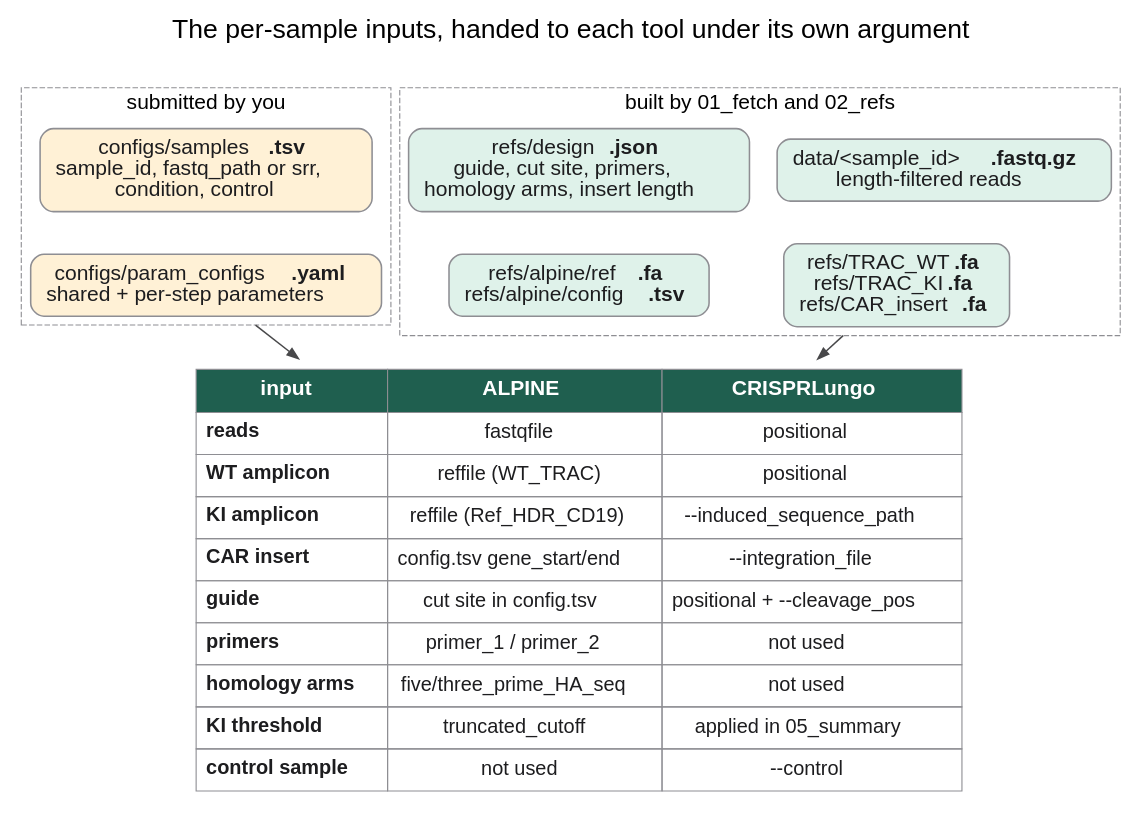
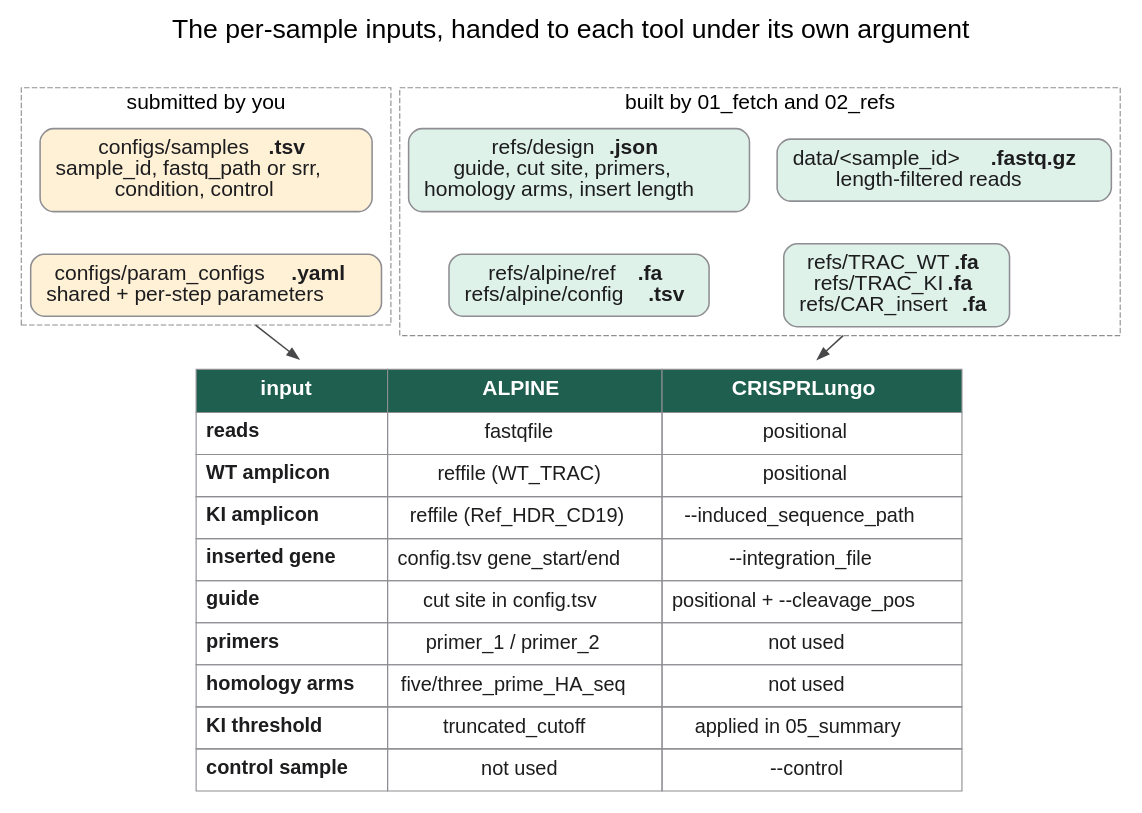
One commit to ssenci97/ONT-CRISPR-knock-in changed the diagram in docs/diagrams/01_inputs.dot. Above: the diagram before and after it, drawn with Graphviz. The commit also changed 5 other files, not shown here.

```diff
--- a/docs/diagrams/01_inputs.dot
+++ b/docs/diagrams/01_inputs.dot
@@ -1,38 +1,38 @@
 digraph inputs {
   graph [rankdir=TB, bgcolor="white", fontname="Helvetica", fontsize=24, labelloc=t, nodesep=0.35, ranksep=0.4, compound=true,
          label="The per-sample inputs, handed to each tool under its own argument\n "];
   node [fontname="Helvetica", fontsize=19, shape=box, style="rounded,filled", color="#8e8e93", penwidth=1.4, fontcolor="#1d1d1f", margin="0.2,0.12"];
   edge [color="#48484a", arrowsize=1.0, penwidth=1.4];
 
   subgraph cluster_user {
     label="submitted by you"; fontname="Helvetica"; fontsize=19; color="#8e8e93"; style=dashed;
     sheet [label=<configs/samples<B>.tsv</B><BR/>sample_id, fastq_path or srr,<BR/>condition, control>, fillcolor="#fff1d6"];
     yaml  [label=<configs/param_configs<B>.yaml</B><BR/>shared + per-step parameters>, fillcolor="#fff1d6"];
   }
   subgraph cluster_made {
     label="built by 01_fetch and 02_refs"; fontname="Helvetica"; fontsize=19; color="#8e8e93"; style=dashed;
     fastq  [label=<data/&lt;sample_id&gt;<B>.fastq.gz</B><BR/>length-filtered reads>, fillcolor="#dff2ea"];
     refs   [label=<refs/TRAC_WT<B>.fa</B><BR/>refs/TRAC_KI<B>.fa</B><BR/>refs/CAR_insert<B>.fa</B>>, fillcolor="#dff2ea"];
     design [label=<refs/design<B>.json</B><BR/>guide, cut site, primers,<BR/>homology arms, insert length>, fillcolor="#dff2ea"];
     alpcfg [label=<refs/alpine/ref<B>.fa</B><BR/>refs/alpine/config<B>.tsv</B>>, fillcolor="#dff2ea"];
   }
 
   table [shape=plaintext, style="", label=<
     <TABLE BORDER="0" CELLBORDER="1" CELLSPACING="0" CELLPADDING="8" COLOR="#8e8e93">
       <TR><TD BGCOLOR="#1f5f4f"><FONT COLOR="white" POINT-SIZE="19"><B>input</B></FONT></TD>
           <TD BGCOLOR="#1f5f4f"><FONT COLOR="white" POINT-SIZE="19"><B>ALPINE</B></FONT></TD>
           <TD BGCOLOR="#1f5f4f"><FONT COLOR="white" POINT-SIZE="19"><B>CRISPRLungo</B></FONT></TD></TR>
       <TR><TD ALIGN="LEFT"><FONT POINT-SIZE="18"><B>reads</B></FONT></TD><TD><FONT POINT-SIZE="18">fastqfile</FONT></TD><TD><FONT POINT-SIZE="18">positional</FONT></TD></TR>
       <TR><TD ALIGN="LEFT"><FONT POINT-SIZE="18"><B>WT amplicon</B></FONT></TD><TD><FONT POINT-SIZE="18">reffile (WT_TRAC)</FONT></TD><TD><FONT POINT-SIZE="18">positional</FONT></TD></TR>
       <TR><TD ALIGN="LEFT"><FONT POINT-SIZE="18"><B>KI amplicon</B></FONT></TD><TD><FONT POINT-SIZE="18">reffile (Ref_HDR_CD19)</FONT></TD><TD><FONT POINT-SIZE="18">--induced_sequence_path</FONT></TD></TR>
-      <TR><TD ALIGN="LEFT"><FONT POINT-SIZE="18"><B>CAR insert</B></FONT></TD><TD><FONT POINT-SIZE="18">config.tsv gene_start/end</FONT></TD><TD><FONT POINT-SIZE="18">--integration_file</FONT></TD></TR>
+      <TR><TD ALIGN="LEFT"><FONT POINT-SIZE="18"><B>inserted gene</B></FONT></TD><TD><FONT POINT-SIZE="18">config.tsv gene_start/end</FONT></TD><TD><FONT POINT-SIZE="18">--integration_file</FONT></TD></TR>
       <TR><TD ALIGN="LEFT"><FONT POINT-SIZE="18"><B>guide</B></FONT></TD><TD><FONT POINT-SIZE="18">cut site in config.tsv</FONT></TD><TD><FONT POINT-SIZE="18">positional + --cleavage_pos</FONT></TD></TR>
       <TR><TD ALIGN="LEFT"><FONT POINT-SIZE="18"><B>primers</B></FONT></TD><TD><FONT POINT-SIZE="18">primer_1 / primer_2</FONT></TD><TD><FONT POINT-SIZE="18">not used</FONT></TD></TR>
       <TR><TD ALIGN="LEFT"><FONT POINT-SIZE="18"><B>homology arms</B></FONT></TD><TD><FONT POINT-SIZE="18">five/three_prime_HA_seq</FONT></TD><TD><FONT POINT-SIZE="18">not used</FONT></TD></TR>
       <TR><TD ALIGN="LEFT"><FONT POINT-SIZE="18"><B>KI threshold</B></FONT></TD><TD><FONT POINT-SIZE="18">truncated_cutoff</FONT></TD><TD><FONT POINT-SIZE="18">applied in 05_summary</FONT></TD></TR>
       <TR><TD ALIGN="LEFT"><FONT POINT-SIZE="18"><B>control sample</B></FONT></TD><TD><FONT POINT-SIZE="18">not used</FONT></TD><TD><FONT POINT-SIZE="18">--control</FONT></TD></TR>
     </TABLE>>];
 
   sheet -> yaml [style=invis]; fastq -> refs [style=invis]; design -> alpcfg [style=invis];
   yaml -> table [ltail=cluster_user]; refs -> table [ltail=cluster_made]; alpcfg -> table [style=invis];
 }
```
